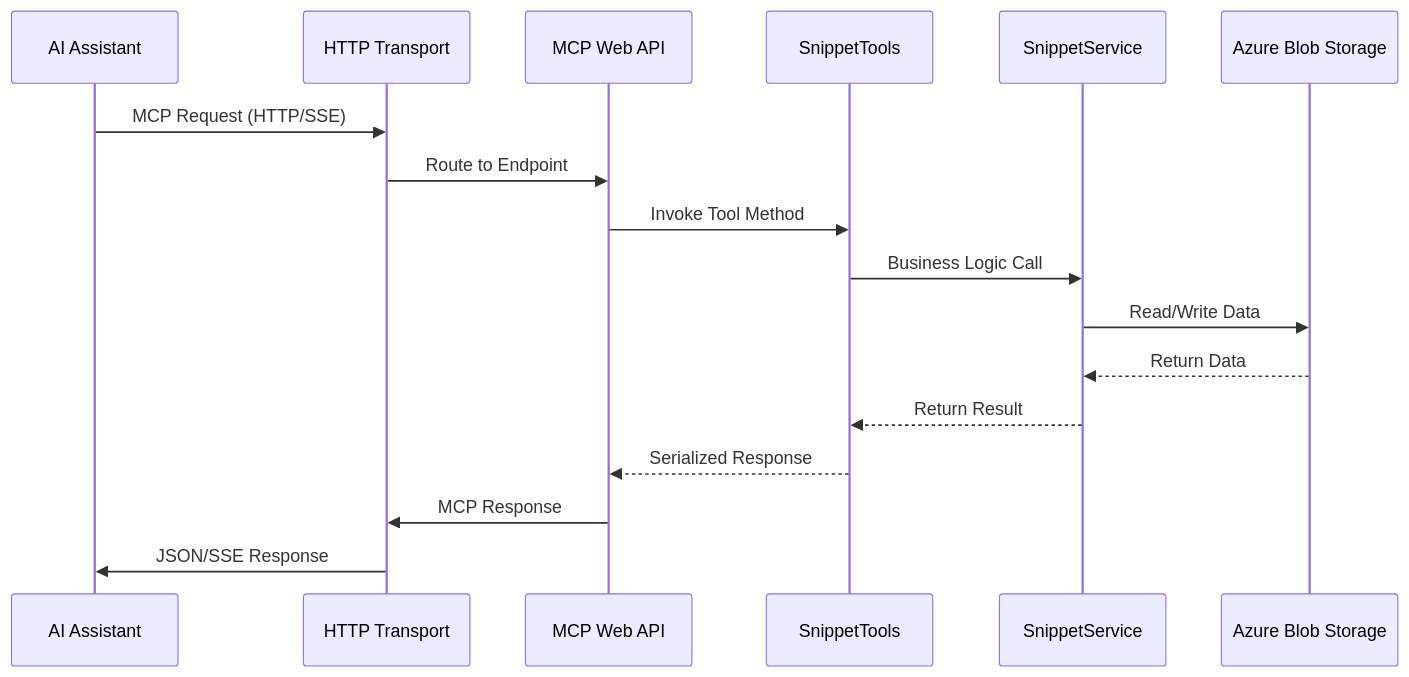
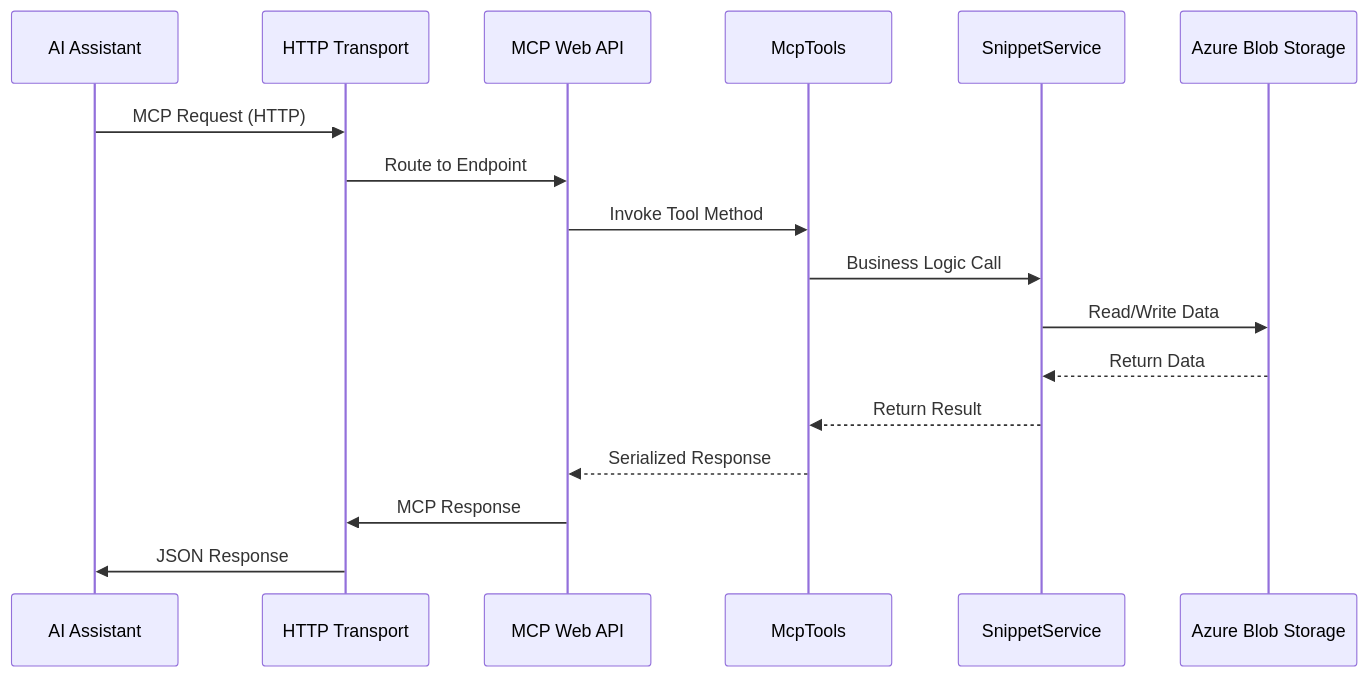
One commit to BipulRaman/DemoMCP changed the diagram in MCPDemo/MCP.HTTP.EntraAuth/README.md. Above: the diagram before and after it, drawn with Mermaid. The commit also changed other lines of this file and 5 other files, not shown here.

First line of the commit message:
Add Entra ID JWT authentication and update snippet tools

````diff
--- a/MCPDemo/MCP.HTTP.EntraAuth/README.md
+++ b/MCPDemo/MCP.HTTP.EntraAuth/README.md
@@ -112,20 +106,20 @@
 ```mermaid
 sequenceDiagram
     participant AI as AI Assistant
     participant HTTP as HTTP Transport
     participant API as MCP Web API
-    participant ST as SnippetTools
+    participant ST as McpTools
     participant SS as SnippetService
     participant ABS as Azure Blob Storage
 
-    AI->>HTTP: MCP Request (HTTP/SSE)
+    AI->>HTTP: MCP Request (HTTP)
     HTTP->>API: Route to Endpoint
     API->>ST: Invoke Tool Method
     ST->>SS: Business Logic Call
     SS->>ABS: Read/Write Data
     ABS-->>SS: Return Data
     SS-->>ST: Return Result
     ST-->>API: Serialized Response
     API->>HTTP: MCP Response
-    HTTP->>AI: JSON/SSE Response
+    HTTP->>AI: JSON Response
 ```
````
